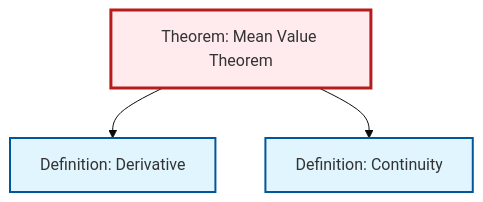
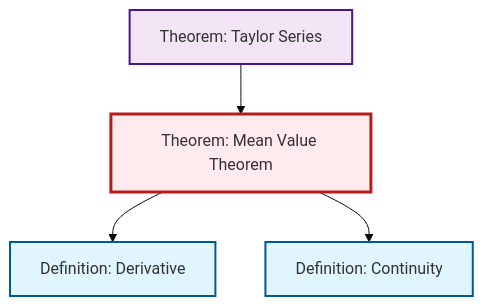
One commit to RK0429/ModernMath changed the diagram in content/ja/analysis/thm-mean-value.qmd. Above: the diagram before and after it, drawn with Mermaid (base theme). The commit also changed 497 other files, not shown here.

````diff
--- a/content/ja/analysis/thm-mean-value.qmd
+++ b/content/ja/analysis/thm-mean-value.qmd
@@ -80,17 +80,20 @@
 ```{mermaid}
 %%| fig-cap: "Local dependency graph"
 graph TD
     classDef definition fill:#e1f5fe,stroke:#01579b,stroke-width:2px
     classDef theorem fill:#f3e5f5,stroke:#4a148c,stroke-width:2px
     classDef axiom fill:#fff3e0,stroke:#e65100,stroke-width:2px
     classDef example fill:#e8f5e9,stroke:#1b5e20,stroke-width:2px
     classDef current fill:#ffebee,stroke:#b71c1c,stroke-width:3px
+    thm-taylor-series["Theorem: Taylor Series"]:::theorem
+    def-continuity["Definition: Continuity"]:::definition
     def-derivative["Definition: Derivative"]:::definition
     thm-mean-value["Theorem: Mean Value Theorem"]:::theorem
-    def-continuity["Definition: Continuity"]:::definition
     thm-mean-value --> def-derivative
     thm-mean-value --> def-continuity
+    thm-taylor-series --> thm-mean-value
     class thm-mean-value current
+    click thm-taylor-series "thm-taylor-series.html" "Theorem: Taylor Seriesへ"
+    click def-continuity "def-continuity.html" "Definition: Continuityへ"
     click def-derivative "def-derivative.html" "Definition: Derivativeへ"
-    click def-continuity "def-continuity.html" "Definition: Continuityへ"
 ```
````
